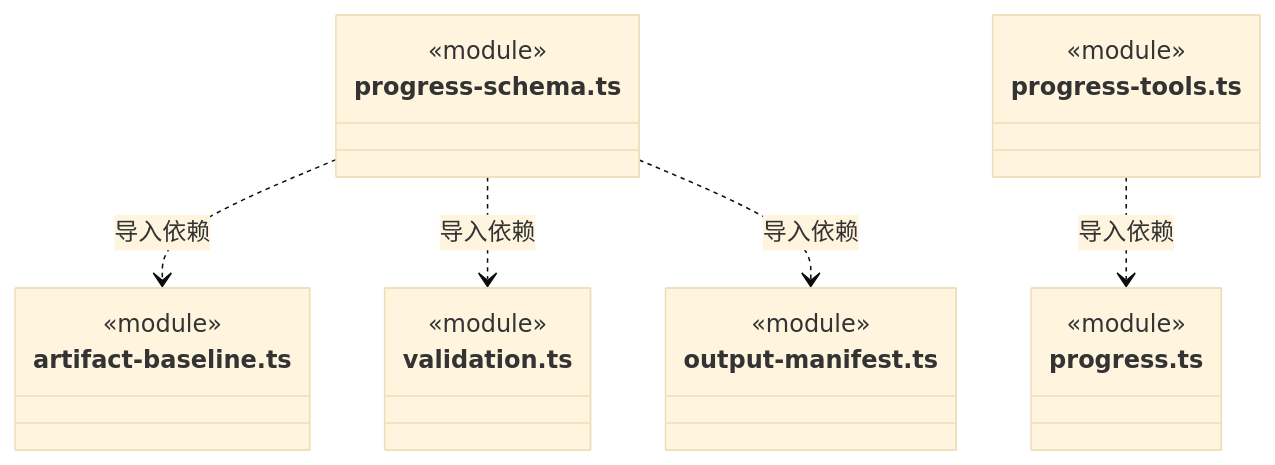
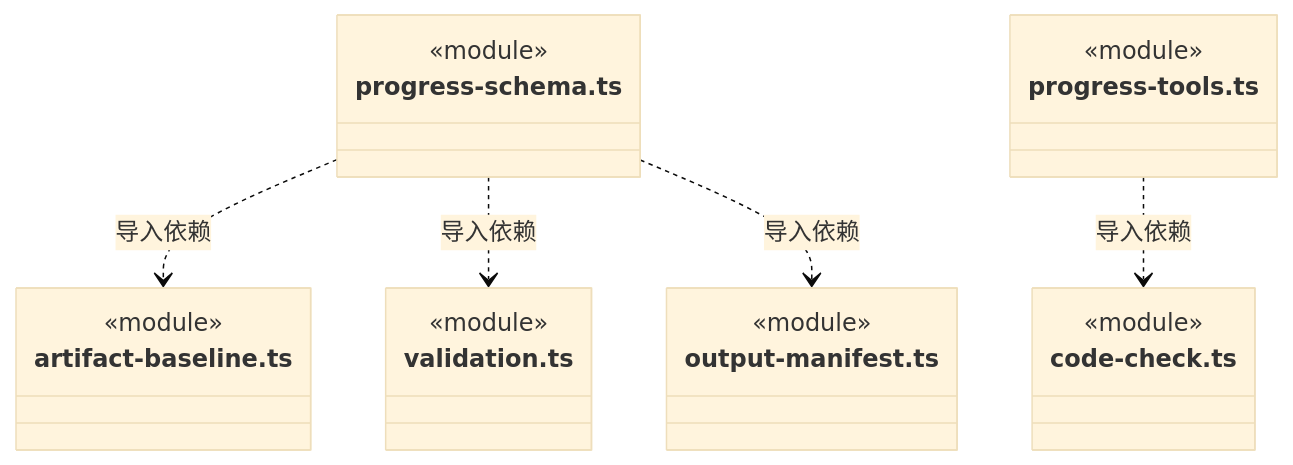
Diagram 38 of 46 in src/backend/core/evidence/ARCHITECTURE.md (nan023062/cbim), drawn with Mermaid (base theme) before and after one commit. The commit also changed other lines of this file and 130 other files, not shown here.

````diff
--- a/src/backend/core/evidence/ARCHITECTURE.md
+++ b/src/backend/core/evidence/ARCHITECTURE.md
@@ -702,25 +810,25 @@
 ```mermaid
 classDiagram
 class N_src_backend_core_evidence_progress_schema_ts["progress-schema.ts"] {
   <<module>>
 }
 class N_src_backend_core_evidence_artifact_baseline_ts["artifact-baseline.ts"] {
   <<module>>
 }
 class N_src_backend_core_evidence_validation_ts["validation.ts"] {
   <<module>>
 }
 class N_src_backend_core_evidence_output_manifest_ts["output-manifest.ts"] {
   <<module>>
 }
 class N_src_backend_core_evidence_progress_tools_ts["progress-tools.ts"] {
   <<module>>
 }
-class N_src_backend_core_evidence_progress_ts["progress.ts"] {
+class N_src_backend_core_evidence_code_check_ts["code-check.ts"] {
   <<module>>
 }
 N_src_backend_core_evidence_progress_schema_ts ..> N_src_backend_core_evidence_artifact_baseline_ts : 导入依赖
 N_src_backend_core_evidence_progress_schema_ts ..> N_src_backend_core_evidence_validation_ts : 导入依赖
 N_src_backend_core_evidence_progress_schema_ts ..> N_src_backend_core_evidence_output_manifest_ts : 导入依赖
-N_src_backend_core_evidence_progress_tools_ts ..> N_src_backend_core_evidence_progress_ts : 导入依赖
+N_src_backend_core_evidence_progress_tools_ts ..> N_src_backend_core_evidence_code_check_ts : 导入依赖
 ```
````
